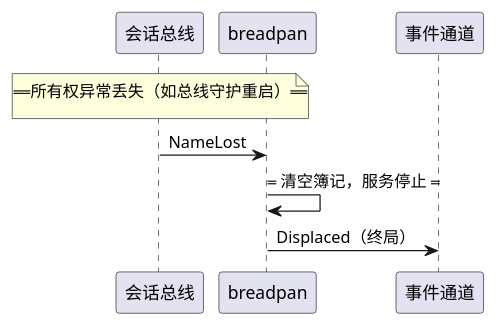
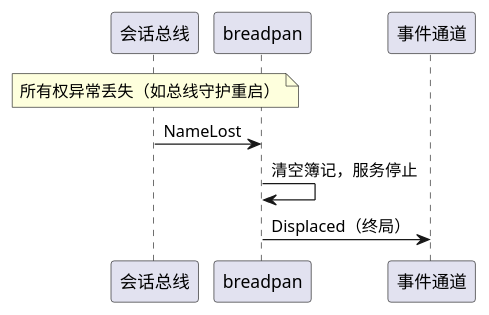
One commit to 54m43lJ/BreadKnife changed the diagram in diagram/breadpan-displaced.puml. Above: the diagram before and after it, drawn with PlantUML. The commit also changed 13 other files, not shown here.

First line of the commit message:
docs(diagram): 清理 == 残留；§2.7 活动图对照修订

```diff
--- a/diagram/breadpan-displaced.puml
+++ b/diagram/breadpan-displaced.puml
@@ -1,10 +1,10 @@
 @startuml breadpan-displaced
 participant 会话总线
 participant breadpan
 participant "事件通道" as ch
 
-note over 会话总线: == 所有权异常丢失（如总线守护重启）==
+note over 会话总线: 所有权异常丢失（如总线守护重启）
 会话总线 -> breadpan: NameLost
-breadpan -> breadpan: == 清空簿记，服务停止 ==
+breadpan -> breadpan: 清空簿记，服务停止
 breadpan -> ch: Displaced（终局）
 @enduml
```
